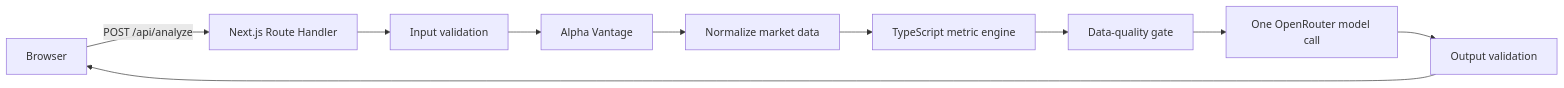
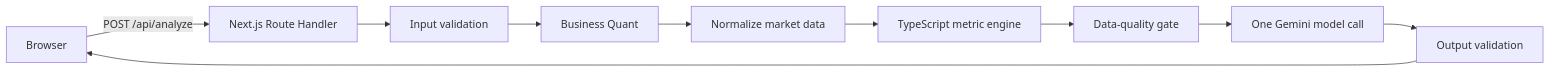
Before and after one commit to VilianZ/StockFrame: the diagram in docs/BACKEND_SPEC.md, drawn with Mermaid. The commit also changed other lines of this file and 53 other files, not shown here.

````diff
--- a/docs/BACKEND_SPEC.md
+++ b/docs/BACKEND_SPEC.md
@@ -48,12 +48,12 @@
 ```mermaid
 flowchart LR
     U[Browser] -->|POST /api/analyze| R[Next.js Route Handler]
     R --> V[Input validation]
-    V --> AV[Alpha Vantage]
-    AV --> N[Normalize market data]
+    V --> BQ[Business Quant]
+    BQ --> N[Normalize market data]
     N --> M[TypeScript metric engine]
     M --> Q[Data-quality gate]
-    Q --> O[One OpenRouter model call]
+    Q --> O[One Gemini model call]
     O --> X[Output validation]
     X --> U
 ```
````
